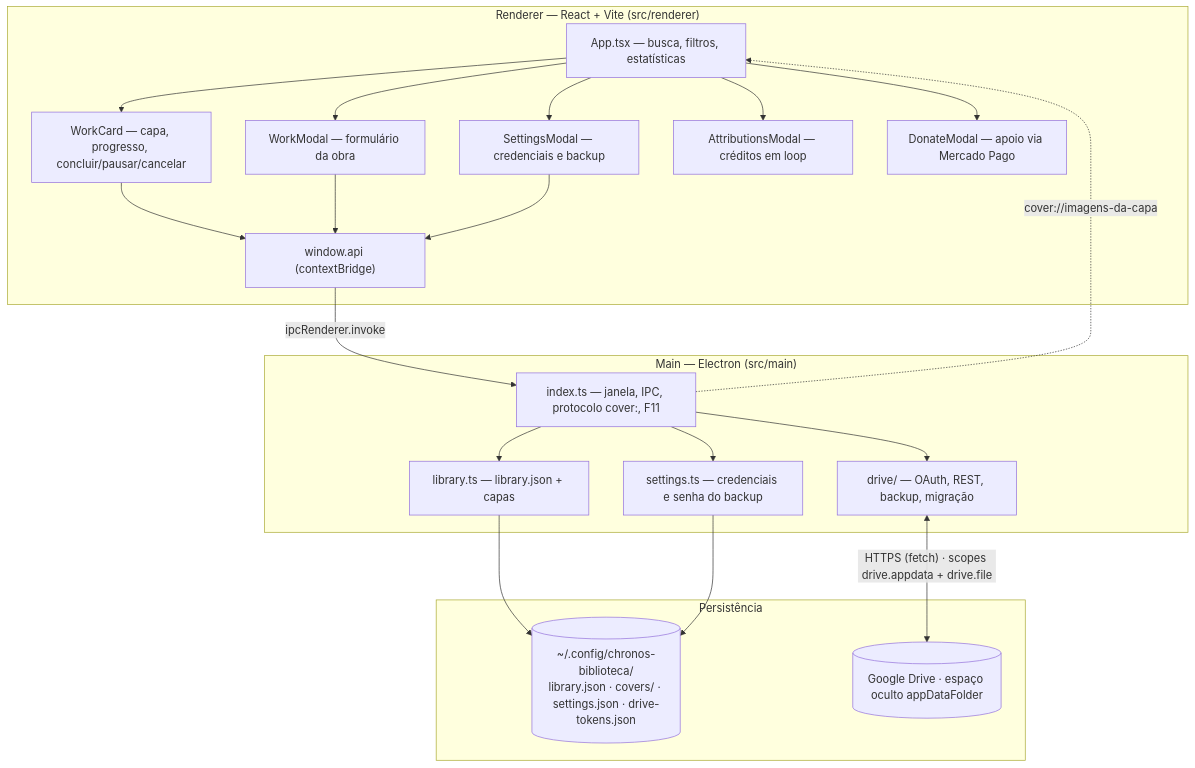
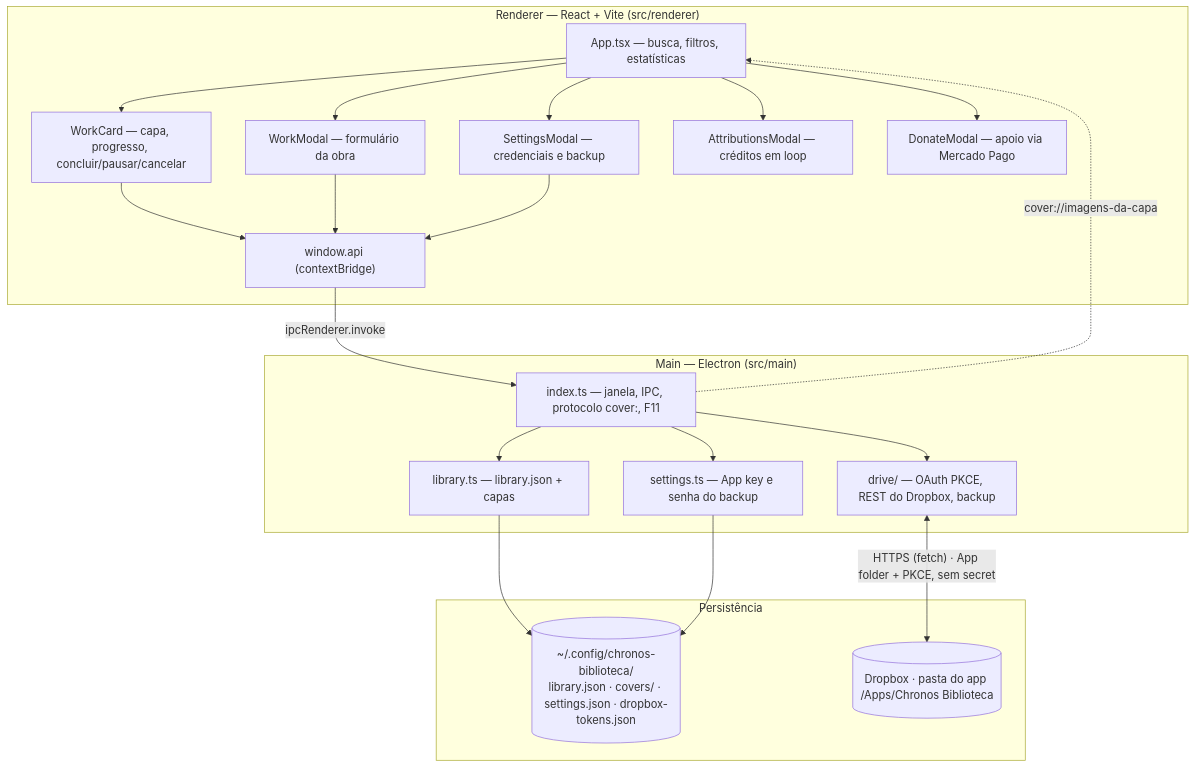
Before and after one commit to chronos-atalante/chronos-biblioteca: the first of 5 diagrams in README.md, drawn with Mermaid. The commit also changed other lines of this file and 29 other files, not shown here.

First line of the commit message:
feat: migra backup em nuvem do Google Drive para o Dropbox

````diff
--- a/README.md
+++ b/README.md
@@ -163,39 +163,39 @@
 ```mermaid
 flowchart TD
     subgraph RENDERER["Renderer — React + Vite (src/renderer)"]
         UI1["App.tsx — busca, filtros, estatísticas"]
         UI2["WorkCard — capa, progresso, concluir/pausar/cancelar"]
         UI3["WorkModal — formulário da obra"]
         UI4["SettingsModal — credenciais e backup"]
         UI5["AttributionsModal — créditos em loop"]
         UI6["DonateModal — apoio via Mercado Pago"]
         BRIDGE["window.api (contextBridge)"]
         UI1 --> UI2
         UI1 --> UI3
         UI1 --> UI4
         UI1 --> UI5
         UI1 --> UI6
         UI2 --> BRIDGE
         UI3 --> BRIDGE
         UI4 --> BRIDGE
     end
 
     subgraph MAIN["Main — Electron (src/main)"]
         IDX["index.ts — janela, IPC, protocolo cover:, F11"]
         LIB["library.ts — library.json + capas"]
-        SET["settings.ts — credenciais e senha do backup"]
-        DRV["drive/ — OAuth, REST, backup, migração"]
+        SET["settings.ts — App key e senha do backup"]
+        DRV["drive/ — OAuth PKCE, REST do Dropbox, backup"]
     end
 
     subgraph STORAGE["Persistência"]
-        LOKAL[("~/.config/chronos-biblioteca/<br/>library.json · covers/ · settings.json · drive-tokens.json")]
-        DRIVE[("Google Drive · espaço oculto appDataFolder")]
+        LOKAL[("~/.config/chronos-biblioteca/<br/>library.json · covers/ · settings.json · dropbox-tokens.json")]
+        DRIVE[("Dropbox · pasta do app /Apps/Chronos Biblioteca")]
     end
 
     BRIDGE -->|"ipcRenderer.invoke"| IDX
     IDX --> LIB --> LOKAL
     IDX --> SET --> LOKAL
     IDX --> DRV
-    DRV <-->|"HTTPS (fetch) · scopes drive.appdata + drive.file"| DRIVE
+    DRV <-->|"HTTPS (fetch) · App folder + PKCE, sem secret"| DRIVE
     IDX -.->|"cover://imagens-da-capa"| UI1
 ```
````
